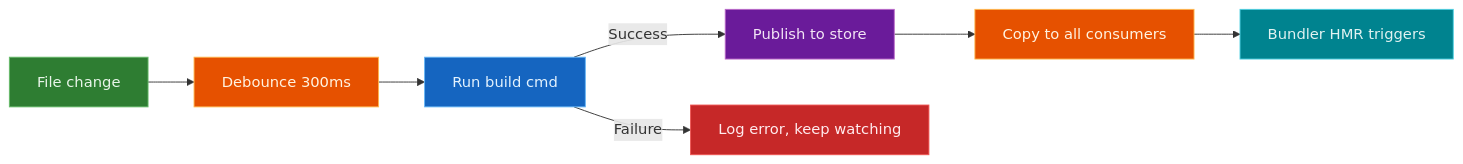
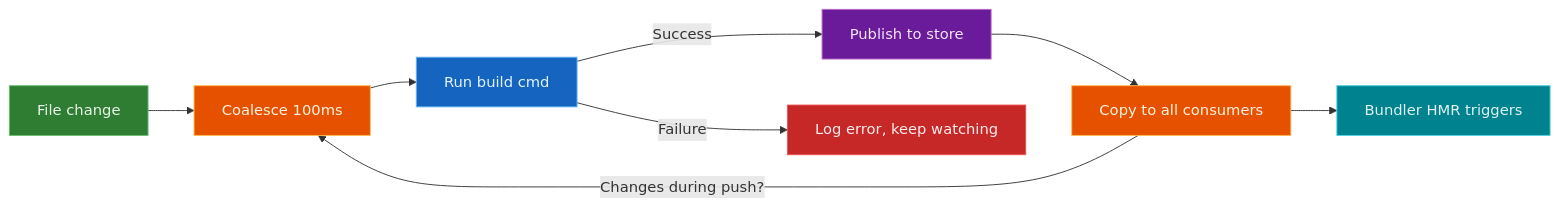
The second of 2 diagrams in docs/getting-started.md (oleg-kuibar/plunk), drawn with Mermaid before and after one commit. The commit also changed other lines of this file and 8 other files, not shown here.

````diff
--- a/docs/getting-started.md
+++ b/docs/getting-started.md
@@ -98,17 +98,18 @@
 ```mermaid
 graph LR
-    A[File change] --> B[Debounce 300ms]
+    A[File change] --> B[Coalesce 100ms]
     B --> C[Run build cmd]
     C -->|Success| D[Publish to store]
     C -->|Failure| E[Log error, keep watching]
     D --> F[Copy to all consumers]
     F --> G[Bundler HMR triggers]
+    F -->|Changes during push?| B
 
     style A fill:#2e7d32,stroke:#66bb6a,color:#e8f5e9
     style B fill:#e65100,stroke:#ffb74d,color:#fff3e0
     style C fill:#1565c0,stroke:#64b5f6,color:#e3f2fd
     style D fill:#6a1b9a,stroke:#ba68c8,color:#f3e5f5
     style E fill:#c62828,stroke:#ef5350,color:#ffebee
     style F fill:#e65100,stroke:#ffb74d,color:#fff3e0
     style G fill:#00838f,stroke:#4dd0e1,color:#e0f2f1
 ```
````
